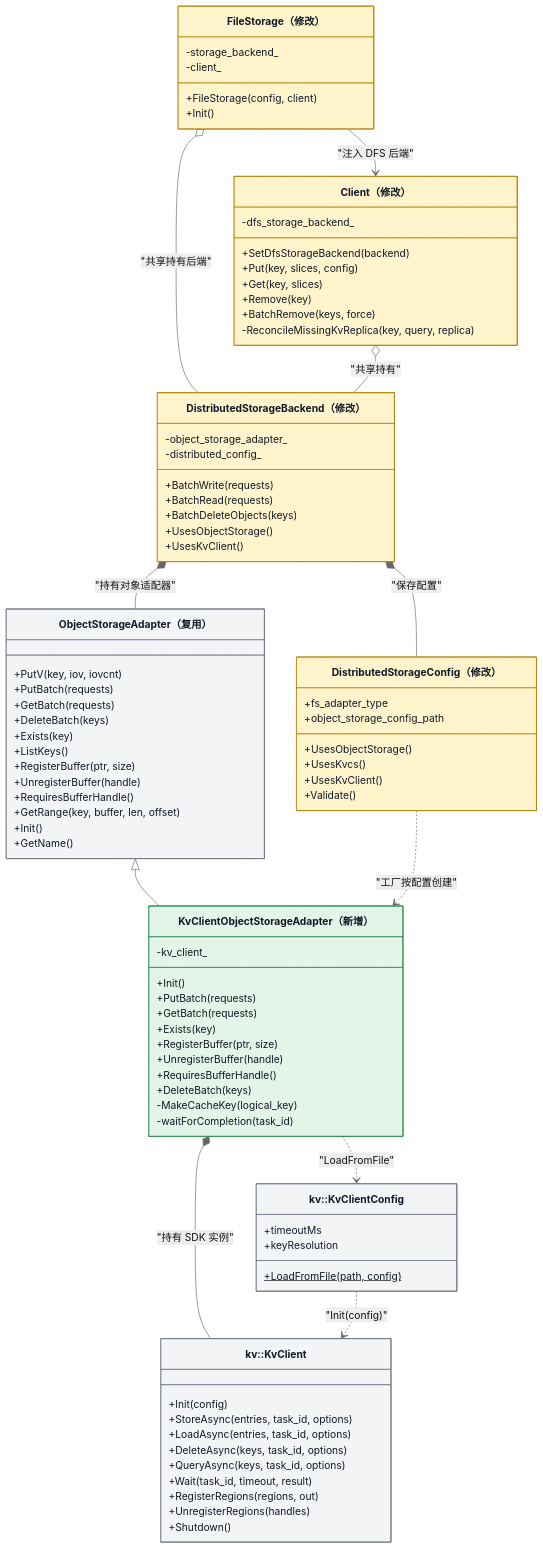
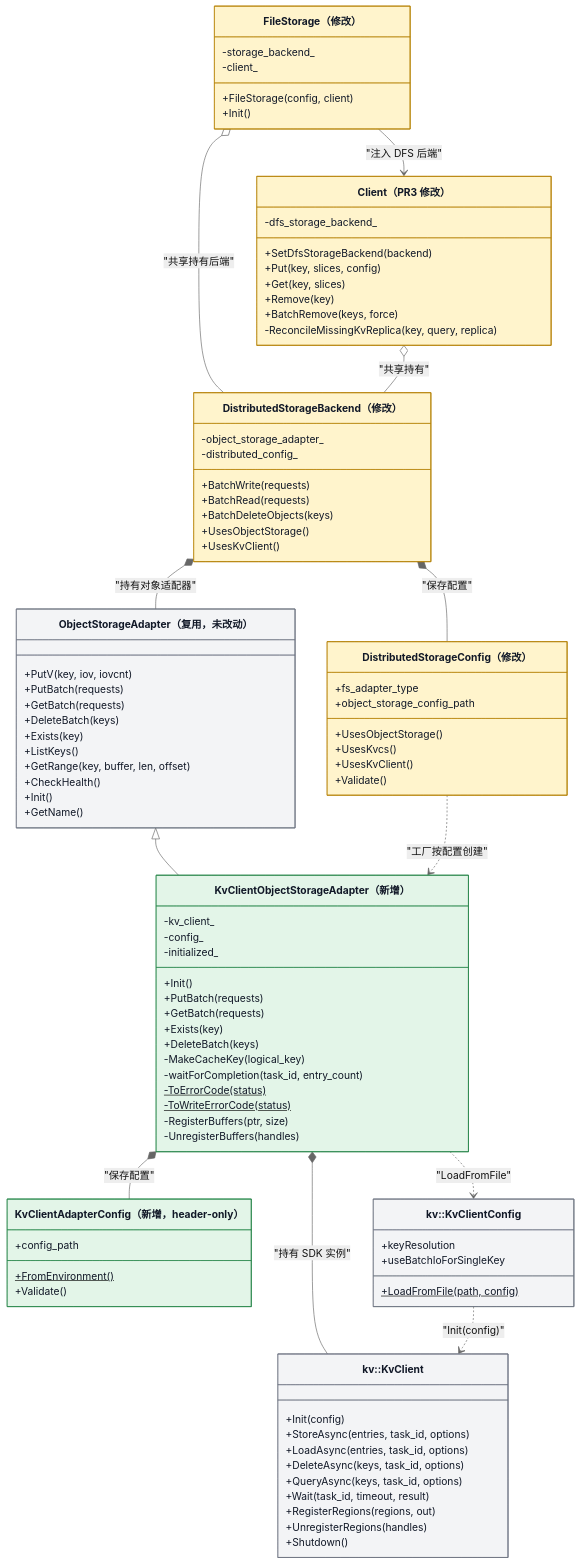
The second of 13 diagrams in Mooncake + KVClient L3 接入（Kvcs）- v3.md (zwj20000328-dotcom/Mooncake-documents), drawn with Mermaid (neutral theme) before and after one commit. The commit also changed other lines of this file, not shown here.

```diff
--- a/Mooncake + KVClient L3 接入（Kvcs）- v3.md
+++ b/Mooncake + KVClient L3 接入（Kvcs）- v3.md
@@ -139,13 +209,18 @@
         +UsesKvClient()
         +Validate()
     }
+    class KvClientAdapterConfig["KvClientAdapterConfig（新增，header-only）"] {
+        +config_path
+        +FromEnvironment()$
+        +Validate()
+    }
     class FileStorage["FileStorage（修改）"] {
         -storage_backend_
         -client_
         +FileStorage(config, client)
         +Init()
     }
-    class Client["Client（修改）"] {
+    class Client["Client（PR3 修改）"] {
         -dfs_storage_backend_
         +SetDfsStorageBackend(backend)
         +Put(key, slices, config)
@@ -163,33 +238,34 @@
         +UsesObjectStorage()
         +UsesKvClient()
     }
-    class ObjectStorageAdapter["ObjectStorageAdapter（复用）"] {
+    class ObjectStorageAdapter["ObjectStorageAdapter（复用，未改动）"] {
         +PutV(key, iov, iovcnt)
         +PutBatch(requests)
         +GetBatch(requests)
         +DeleteBatch(keys)
         +Exists(key)
         +ListKeys()
-        +RegisterBuffer(ptr, size)
-        +UnregisterBuffer(handle)
-        +RequiresBufferHandle()
         +GetRange(key, buffer, len, offset)
+        +CheckHealth()
         +Init()
         +GetName()
     }
-   
+
     class KvClientObjectStorageAdapter["KvClientObjectStorageAdapter（新增）"] {
         -kv_client_
+        -config_
+        -initialized_
         +Init()
         +PutBatch(requests)
         +GetBatch(requests)
         +Exists(key)
-        +RegisterBuffer(ptr, size)
-        +UnregisterBuffer(handle)
-        +RequiresBufferHandle()
         +DeleteBatch(keys)
         -MakeCacheKey(logical_key)
-        -waitForCompletion(task_id)
+        -waitForCompletion(task_id, entry_count)
+        -ToErrorCode(status)$
+        -ToWriteErrorCode(status)$
+        -RegisterBuffers(ptr, size)
+        -UnregisterBuffers(handles)
     }
 
     class SdkKvClient["kv::KvClient"] {
@@ -206,8 +282,8 @@
 
     class SdkKvClientConfig["kv::KvClientConfig"] {
         +LoadFromFile(path, config)$
-        +timeoutMs
         +keyResolution
+        +useBatchIoForSingleKey
     }
 
     FileStorage o-- DistributedStorageBackend : "共享持有后端"
@@ -216,6 +292,7 @@
     DistributedStorageBackend *-- DistributedStorageConfig : "保存配置"
     DistributedStorageBackend *-- ObjectStorageAdapter : "持有对象适配器"
     ObjectStorageAdapter <|-- KvClientObjectStorageAdapter
+    KvClientObjectStorageAdapter *-- KvClientAdapterConfig : "保存配置"
     KvClientObjectStorageAdapter *-- SdkKvClient : "持有 SDK 实例"
     KvClientObjectStorageAdapter ..> SdkKvClientConfig : "LoadFromFile"
     SdkKvClientConfig ..> SdkKvClient : "Init(config)"
@@ -225,6 +302,7 @@
     style FileStorage fill:#fff4cc,stroke:#b58105,color:#111827
     style Client fill:#fff4cc,stroke:#b58105,color:#111827
     style KvClientObjectStorageAdapter fill:#e3f5e8,stroke:#28864b,color:#111827
+    style KvClientAdapterConfig fill:#e3f5e8,stroke:#28864b,color:#111827
     style DistributedStorageBackend fill:#fff4cc,stroke:#b58105,color:#111827
     style ObjectStorageAdapter fill:#f3f4f6,stroke:#6b7280,color:#111827
     style SdkKvClient fill:#f3f4f6,stroke:#6b7280,color:#111827
```
